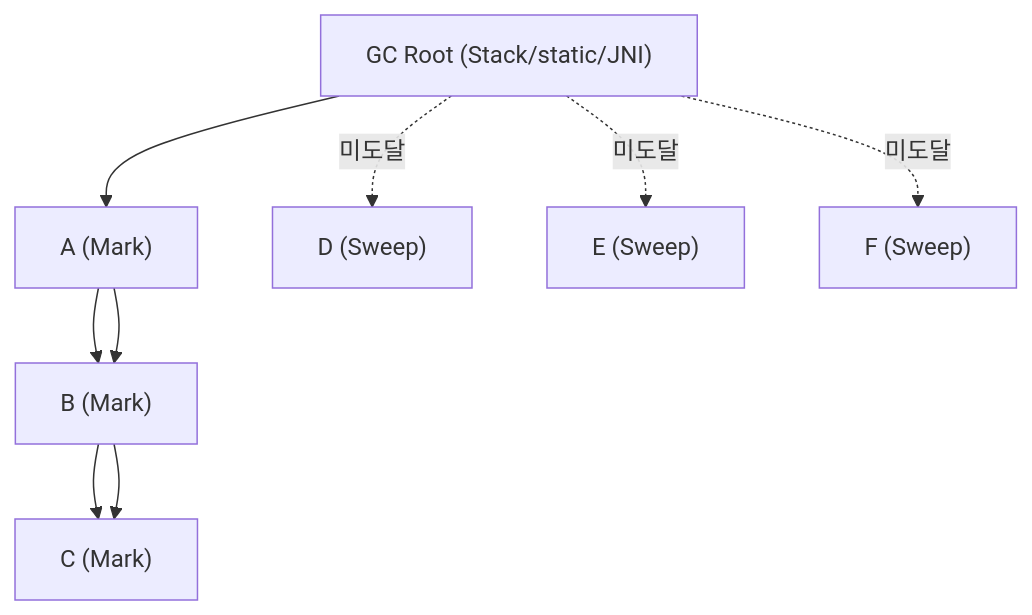
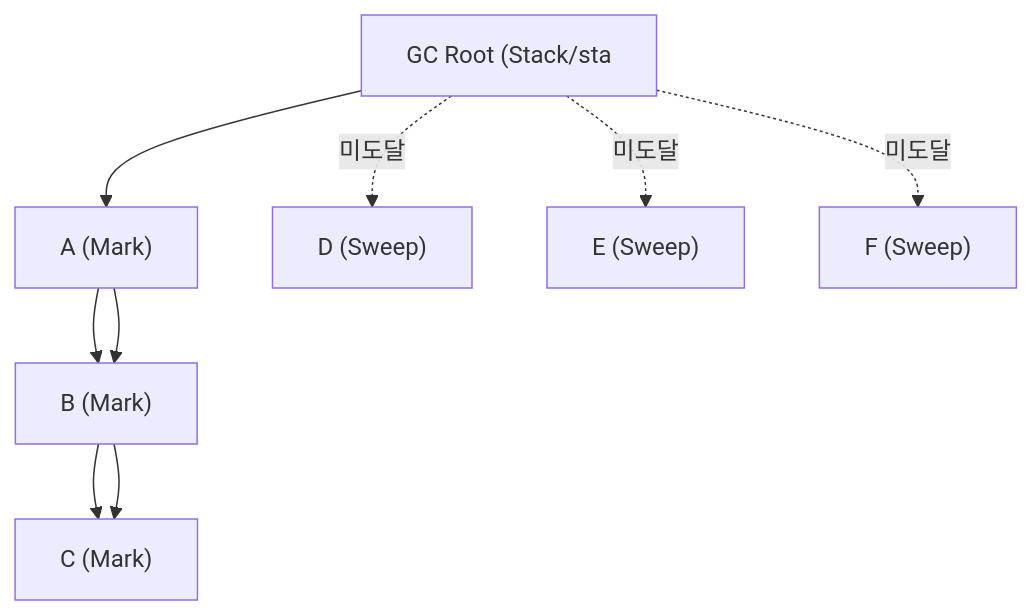
Before and after one commit to yjkim2015/yjkim2015.github.io: the third of 29 diagrams in _posts/java/2026-05-01-java-garbage-collector.md, drawn with Mermaid. The commit also changed other lines of this file and 271 other files, not shown here.

First line of the commit message:
Mermaid 라벨 축소: 긴 노드 텍스트 18자 이하로 트림 + \n 제거

````diff
--- a/_posts/java/2026-05-01-java-garbage-collector.md
+++ b/_posts/java/2026-05-01-java-garbage-collector.md
@@ -79,7 +79,7 @@
 ```mermaid
 graph TD
-    ROOT["GC Root (Stack/static/JNI)"] --> A --> B --> C
+    ROOT["GC Root (Stack/sta"] --> A --> B --> C
     ROOT -.미도달.-> D & E & F
     A["A (Mark)"] --> B["B (Mark)"] --> C["C (Mark)"]
     D["D (Sweep)"] & E["E (Sweep)"] & F["F (Sweep)"]
 ```
````
